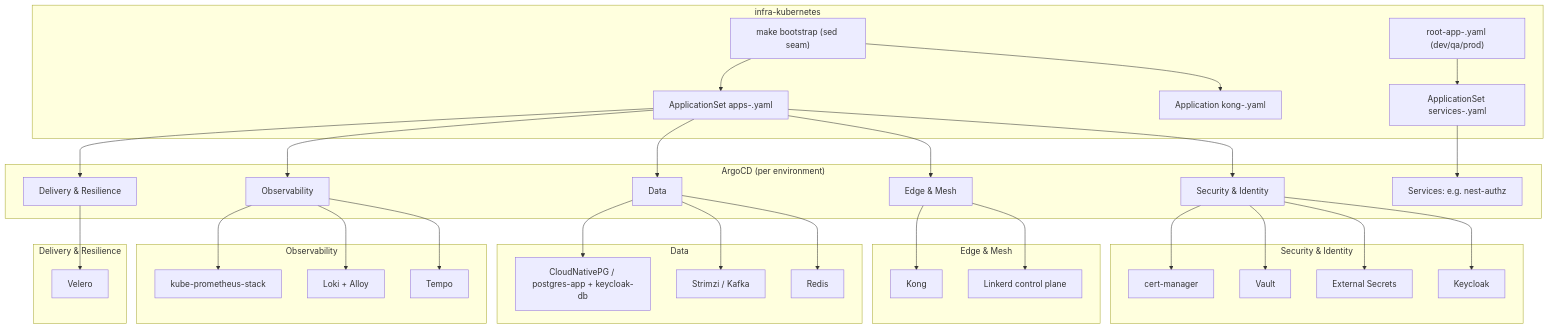
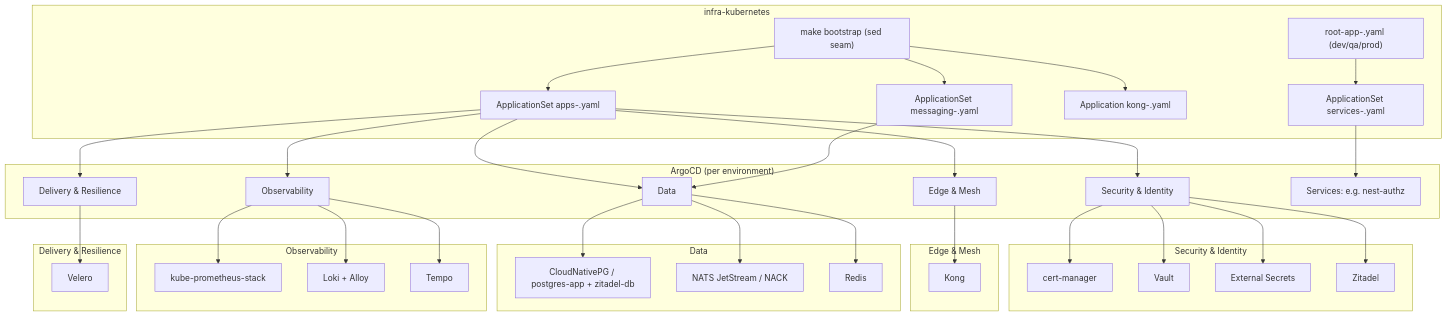
One commit to sca-templates/infra-kubernetes changed the first of 3 diagrams in docs/architecture.md. Above: the diagram before and after it, drawn with Mermaid. The commit also changed other lines of this file and 255 other files, not shown here.

First line of the commit message:
feat(platform): complete architecture decisions (#116)

````diff
--- a/docs/architecture.md
+++ b/docs/architecture.md
@@ -43,39 +48,40 @@
 ```mermaid
 graph TD
     subgraph Git["infra-kubernetes"]
         MK["make bootstrap (sed seam)"] --> B["ApplicationSet apps-<env>.yaml"]
+        MK --> M["ApplicationSet messaging-<env>.yaml"]
         MK --> K["Application kong-<env>.yaml"]
         A["root-app-<env>.yaml (dev/qa/prod)"] --> S["ApplicationSet services-<env>.yaml"]
     end
     subgraph ArgoCD["ArgoCD (per environment)"]
         B --> C[Security & Identity]
         B --> D[Edge & Mesh]
         B --> E[Data]
+        M --> E
         B --> F[Observability]
         B --> G[Delivery & Resilience]
         S --> SR[Services: e.g. nest-authz]
     end
     subgraph Security["Security & Identity"]
         C --> C1[cert-manager]
         C --> C2[Vault]
         C --> C3[External Secrets]
-        C --> C4[Keycloak]
+        C --> C4[Zitadel]
     end
     subgraph Edge["Edge & Mesh"]
         D --> D1[Kong]
-        D --> D2[Linkerd control plane]
     end
     subgraph Data["Data"]
-        E --> E1[CloudNativePG / postgres-app + keycloak-db]
-        E --> E2[Strimzi / Kafka]
+        E --> E1[CloudNativePG / postgres-app + zitadel-db]
+        E --> E2[NATS JetStream / NACK]
         E --> E3[Redis]
     end
     subgraph Obs["Observability"]
         F --> F1[kube-prometheus-stack]
         F --> F2[Loki + Alloy]
         F --> F3[Tempo]
     end
     subgraph Delivery["Delivery & Resilience"]
         G --> G2[Velero]
     end
 ```
````
